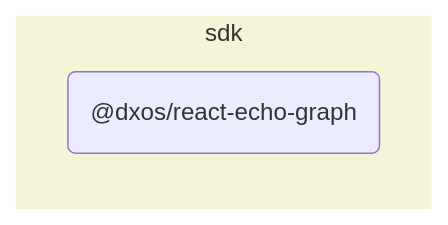
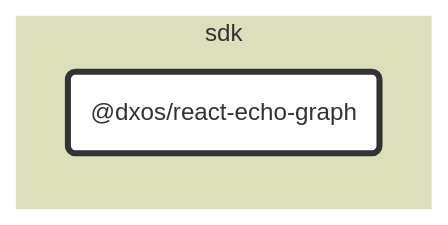
Before and after one commit to dxos/dxos: the diagram in packages/sdk/react-echo-graph/docs/README.md, drawn with Mermaid. The commit also changed other lines of this file and 89 other files, not shown here.

````diff
--- a/packages/sdk/react-echo-graph/docs/README.md
+++ b/packages/sdk/react-echo-graph/docs/README.md
@@ -5,9 +7,25 @@
 ```mermaid
-flowchart LR;
+%%{ init: {'flowchart':{'curve':'basis'}} }%%
 
+flowchart LR
+
+%% Links
+
+%% Sections
 subgraph sdk
-  style sdk fill:#f4f5d6,stroke:#fff;
-  dxos/react-echo-graph("@dxos/react-echo-graph");
+  style sdk fill:#dddeba,stroke:#fff;
+
+  dxos/react-echo-graph("@dxos/react-echo-graph")
 end
 
+
+%% Hyperlinks
+
+%% Styles
+classDef rootNode fill:#fff,stroke:#333,stroke-width:4px
+classDef defaultNode fill:#fff,stroke:#333,stroke-width:1px
+linkStyle default stroke:#333,stroke-width:1px
+
+dxos/react-echo-graph:::rootNode
+
 ```
````
